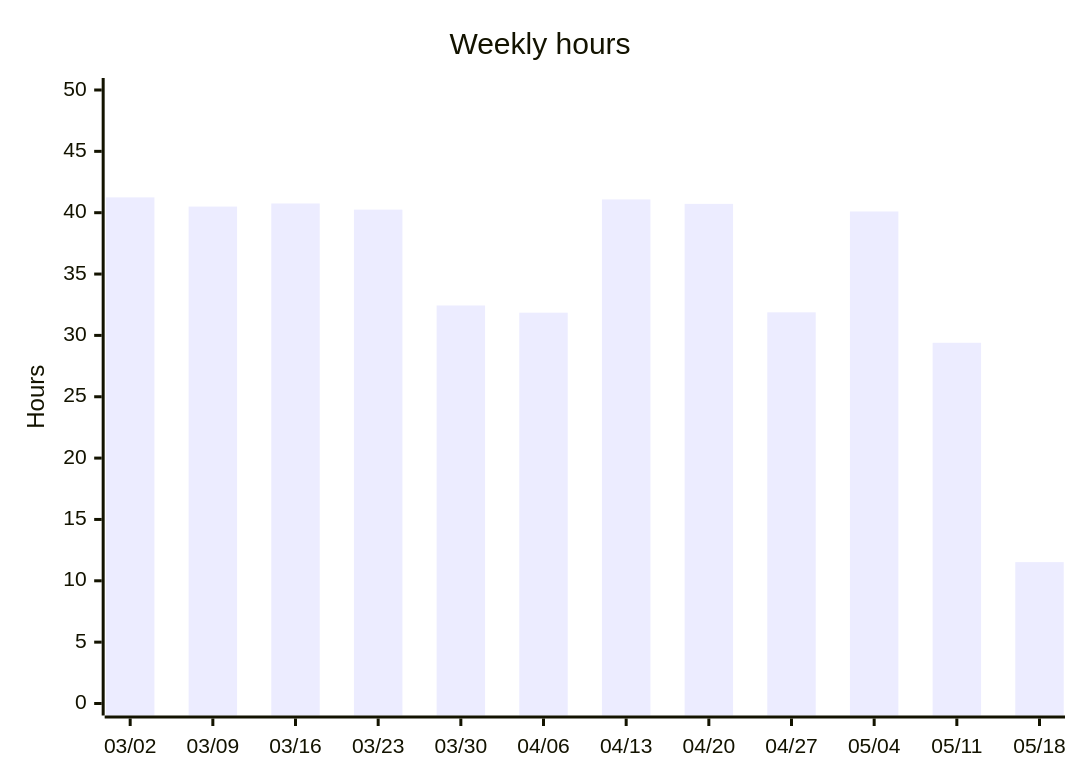
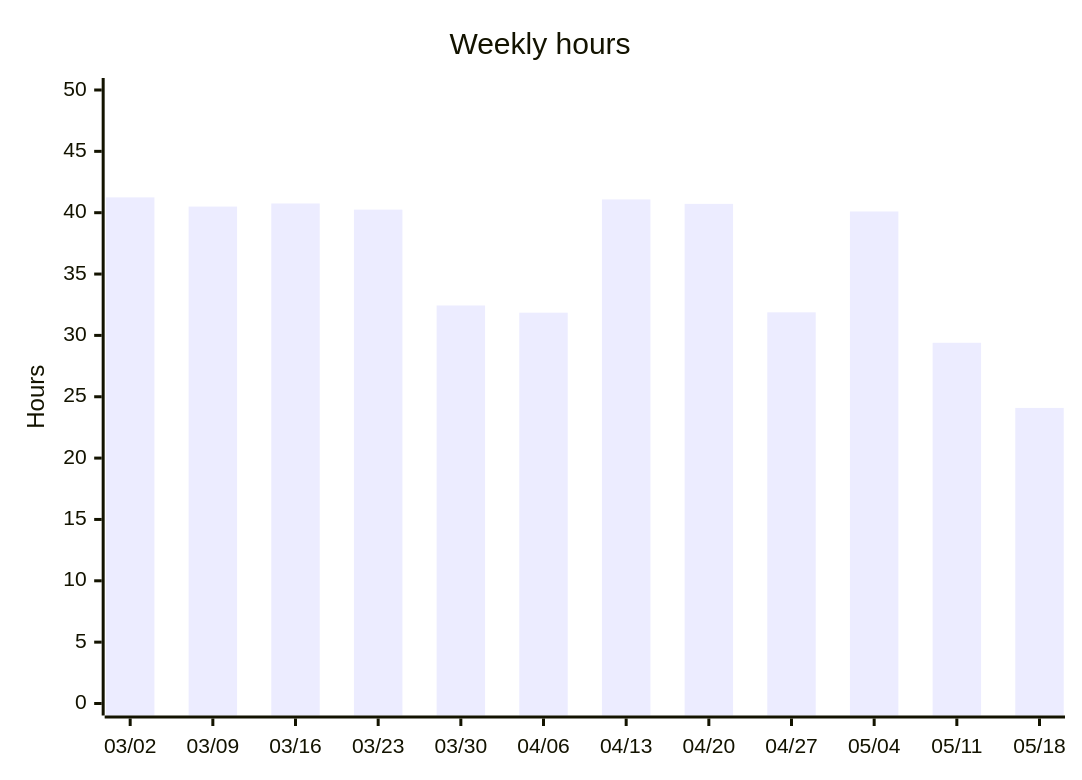
Before and after one commit to albinforsberg-netizen/timeclock: the third of 5 diagrams in README.org, drawn with Mermaid. The commit also changed other lines of this file, not shown here.

```diff
--- a/README.org
+++ b/README.org
@@ -101,7 +103,7 @@
 #+begin_src mermaid
 xychart-beta
     title "Weekly hours"
     x-axis ["03/02", "03/09", "03/16", "03/23", "03/30", "04/06", "04/13", "04/20", "04/27", "05/04", "05/11", "05/18"]
     y-axis "Hours" 0 --> 50
-    bar [41.25, 40.50, 40.75, 40.25, 32.44, 31.85, 41.08, 40.72, 31.88, 40.10, 29.40, 11.52]
+    bar [41.25, 40.50, 40.75, 40.25, 32.44, 31.85, 41.08, 40.72, 31.88, 40.10, 29.40, 24.09]
 #+end_src
```
